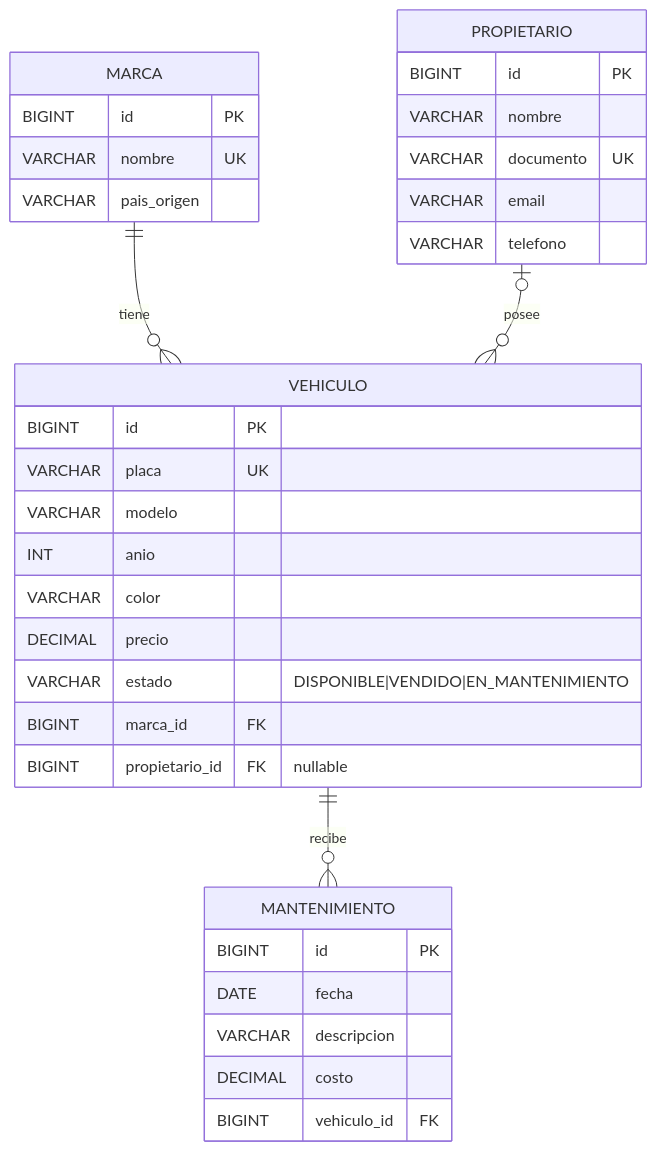
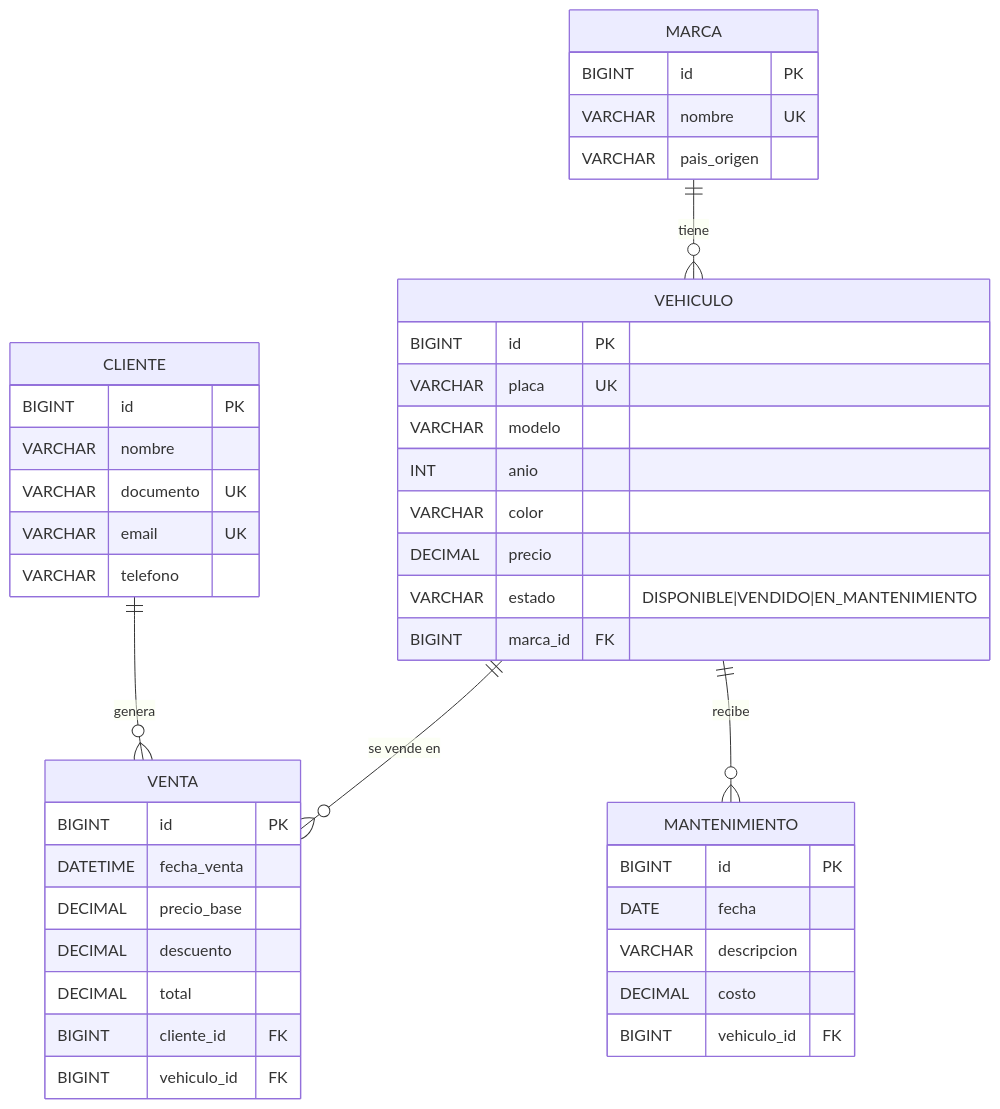
One commit to RonnyGG-git/Vehiculos changed the diagram in docs/modelo-datos.md. Above: the diagram before and after it, drawn with Mermaid. The commit also changed other lines of this file and 8 other files, not shown here.

````diff
--- a/docs/modelo-datos.md
+++ b/docs/modelo-datos.md
@@ -7,37 +8,46 @@
 ```mermaid
 erDiagram
     MARCA ||--o{ VEHICULO : "tiene"
-    PROPIETARIO |o--o{ VEHICULO : "posee"
+    CLIENTE ||--o{ VENTA : "genera"
+    VEHICULO ||--o{ VENTA : "se vende en"
     VEHICULO ||--o{ MANTENIMIENTO : "recibe"
 
     MARCA {
         BIGINT id PK
         VARCHAR nombre UK
         VARCHAR pais_origen
     }
-    PROPIETARIO {
+    CLIENTE {
         BIGINT id PK
         VARCHAR nombre
         VARCHAR documento UK
-        VARCHAR email
+        VARCHAR email UK
         VARCHAR telefono
     }
     VEHICULO {
         BIGINT id PK
         VARCHAR placa UK
         VARCHAR modelo
         INT anio
         VARCHAR color
         DECIMAL precio
         VARCHAR estado "DISPONIBLE|VENDIDO|EN_MANTENIMIENTO"
         BIGINT marca_id FK
-        BIGINT propietario_id FK "nullable"
+    }
+    VENTA {
+        BIGINT id PK
+        DATETIME fecha_venta
+        DECIMAL precio_base
+        DECIMAL descuento
+        DECIMAL total
+        BIGINT cliente_id FK
+        BIGINT vehiculo_id FK
     }
     MANTENIMIENTO {
         BIGINT id PK
         DATE fecha
         VARCHAR descripcion
         DECIMAL costo
         BIGINT vehiculo_id FK
     }
 ```
````
